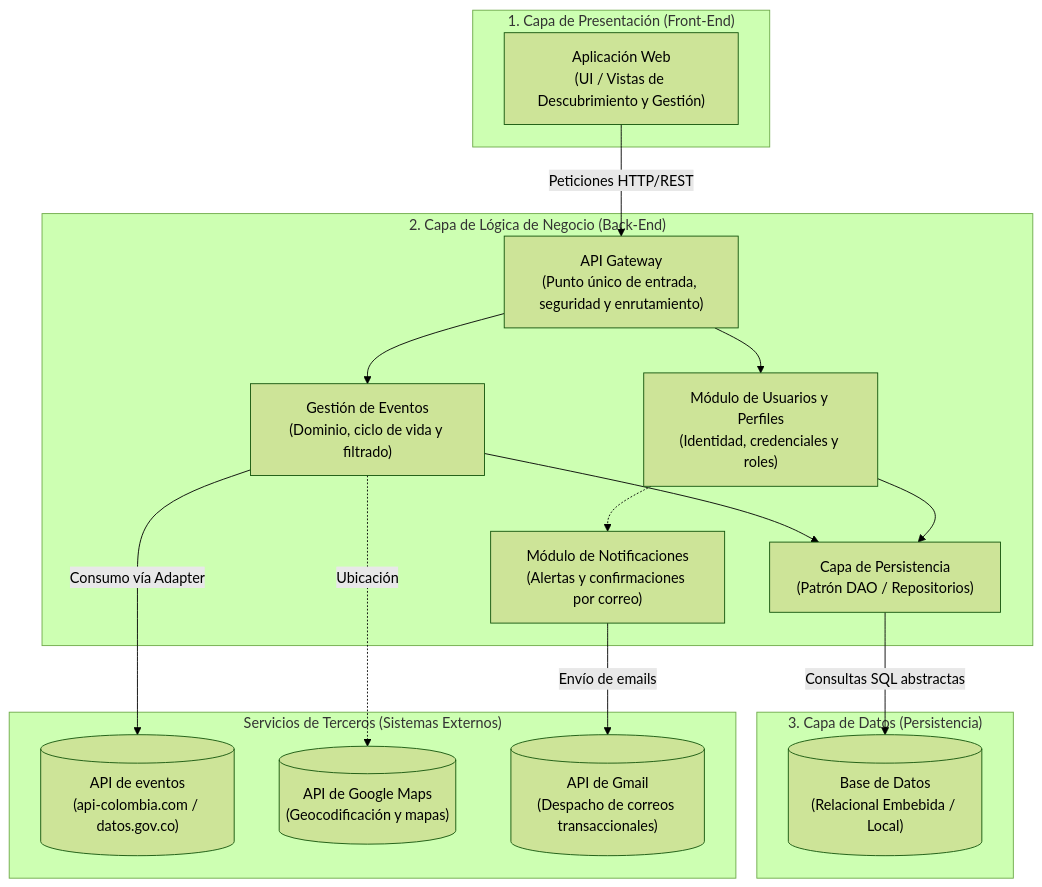
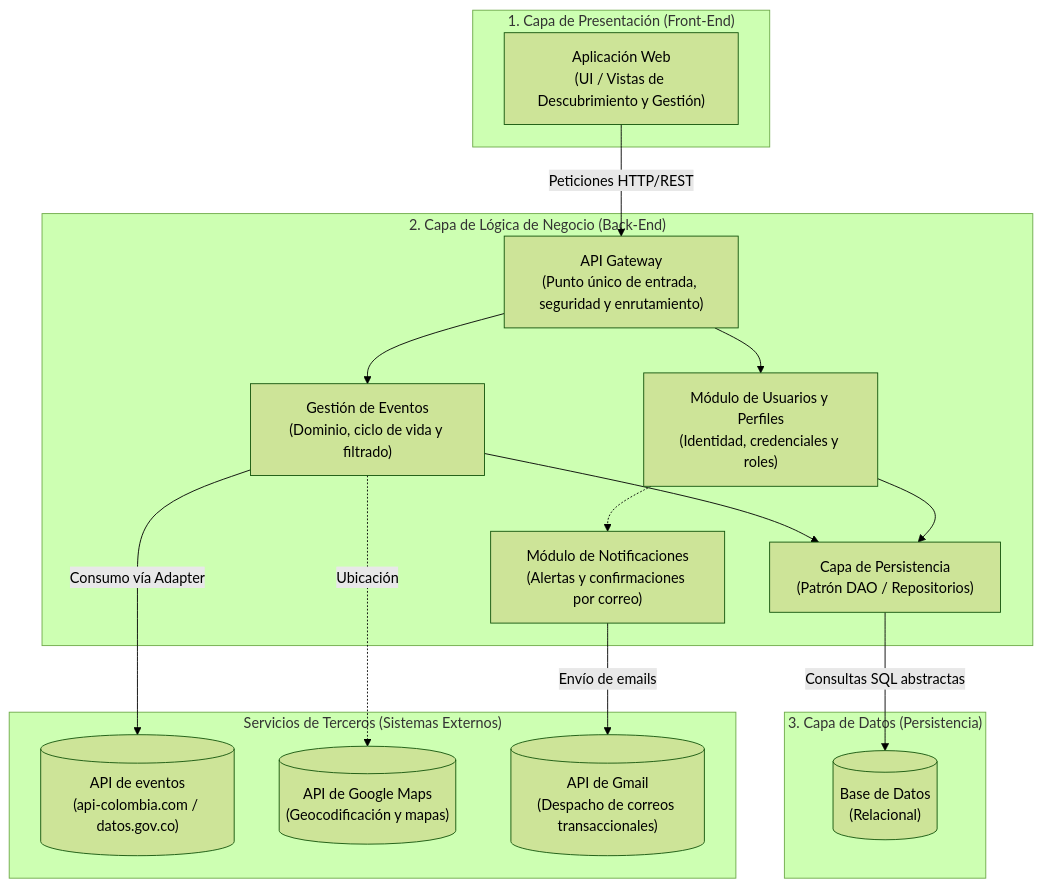
The diagram in Docs/ADRs/ADR-0005_Arquitectura.md (ProyectPlanning/Sistema_de_eventos), drawn with Mermaid (forest theme) before and after one commit.

Commit message:
Incongruencia en tipo de base de dato resuelta

````diff
--- a/Docs/ADRs/ADR-0005_Arquitectura.md
+++ b/Docs/ADRs/ADR-0005_Arquitectura.md
@@ -20,36 +20,36 @@
 ```mermaid
 flowchart TD
     subgraph PRESENTACION["1. Capa de Presentación (Front-End)"]
         WEB["Aplicación Web\n(UI / Vistas de Descubrimiento y Gestión)"]
     end
 
     subgraph LOGICA["2. Capa de Lógica de Negocio (Back-End)"]
         GW["API Gateway\n(Punto único de entrada, seguridad y enrutamiento)"]
         GU["Módulo de Usuarios y Perfiles\n(Identidad, credenciales y roles)"]
         GE["Gestión de Eventos\n(Dominio, ciclo de vida y filtrado)"]
         NOTIF["Módulo de Notificaciones\n(Alertas y confirmaciones por correo)"]
         PERS["Capa de Persistencia\n(Patrón DAO / Repositorios)"]
         
         GW --> GU
         GW --> GE
         GE --> PERS
         GU --> PERS
         GU -.-> NOTIF
     end
 
     subgraph DATOS["3. Capa de Datos (Persistencia)"]
-        DB[("Base de Datos\n(Relacional Embebida / Local)")]
+        DB[("Base de Datos\n(Relacional)")]
     end
 
     subgraph TERCEROS["Servicios de Terceros (Sistemas Externos)"]
         API_EVT[("API de eventos\n(api-colombia.com / datos.gov.co)")]
         API_MAPS[("API de Google Maps\n(Geocodificación y mapas)")]
         API_GMAIL[("API de Gmail\n(Despacho de correos transaccionales)")]
     end
 
     WEB -->|"Peticiones HTTP/REST"| GW
     PERS -->|"Consultas SQL abstractas"| DB
     GE -->|"Consumo vía Adapter"| API_EVT
     GE -.->|"Ubicación"| API_MAPS
     NOTIF -->|"Envío de emails"| API_GMAIL
 ```
````
